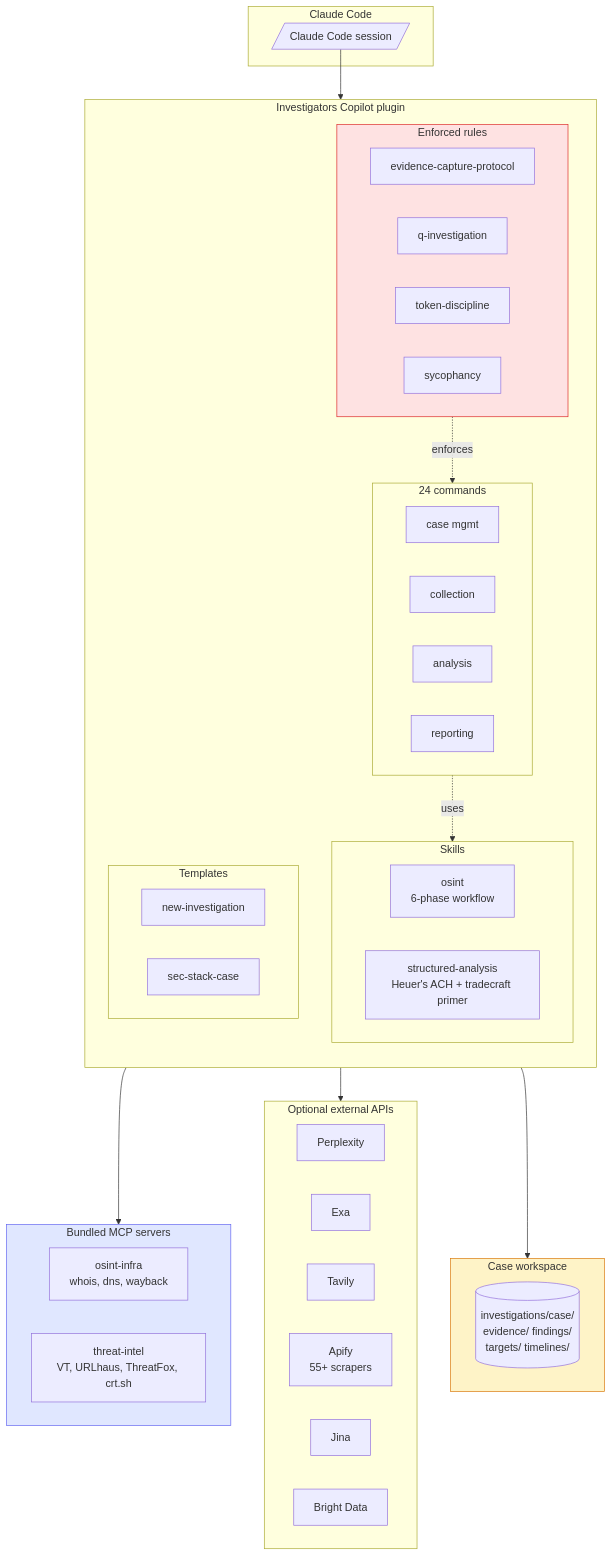
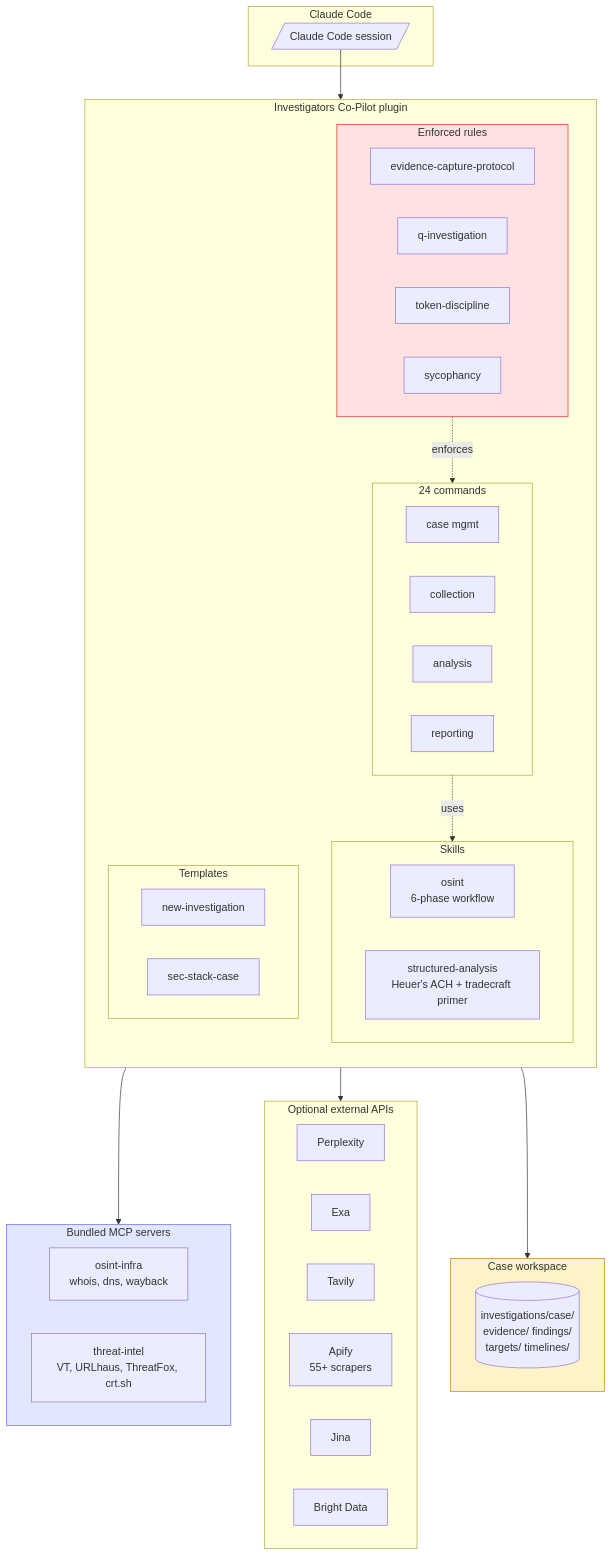
Before and after one commit to assafkip/investigators-copilot: the second of 2 diagrams in README.md, drawn with Mermaid. The commit also changed other lines of this file and 4 other files, not shown here.

Commit message:
Plain-English README with overview video; add marketplace.json so install actually works; display name Investigators Co-Pilot (#11)

````diff
--- a/README.md
+++ b/README.md
@@ -101,62 +147,62 @@
 ```mermaid
 graph TB
     subgraph Claude[Claude Code]
         CC[/Claude Code session/]
     end
 
-    subgraph copilot[Investigators Copilot plugin]
+    subgraph copilot[Investigators Co-Pilot plugin]
         direction TB
         subgraph Skills
             OSINT_S[osint<br/>6-phase workflow]
             SA_S[structured-analysis<br/>Heuer's ACH + tradecraft primer]
         end
 
         subgraph Commands[24 commands]
             CM[case mgmt]
             CL[collection]
             AN[analysis]
             RP[reporting]
         end
 
         subgraph Rules[Enforced rules]
             EC[evidence-capture-protocol]
             QI[q-investigation]
             TD[token-discipline]
             SY[sycophancy]
         end
 
         subgraph Templates
             NI[new-investigation]
             SS[sec-stack-case]
         end
     end
 
     subgraph MCP[Bundled MCP servers]
         OI[osint-infra<br/>whois, dns, wayback]
         TI[threat-intel<br/>VT, URLhaus, ThreatFox, crt.sh]
     end
 
     subgraph External[Optional external APIs]
         PPL[Perplexity]
         EXA[Exa]
         TAV[Tavily]
         APF[Apify<br/>55+ scrapers]
         JIN[Jina]
         BD[Bright Data]
     end
 
     subgraph Case[Case workspace]
         EVD[(investigations/case/<br/>evidence/ findings/<br/>targets/ timelines/)]
     end
 
     CC --> copilot
     copilot --> MCP
     copilot --> External
     copilot --> Case
     Rules -.enforces.-> Commands
     Commands -.uses.-> Skills
 
     style Case fill:#fef3c7,stroke:#d97706
     style MCP fill:#e0e7ff,stroke:#6366f1
     style Rules fill:#fee2e2,stroke:#dc2626
 ```
````
